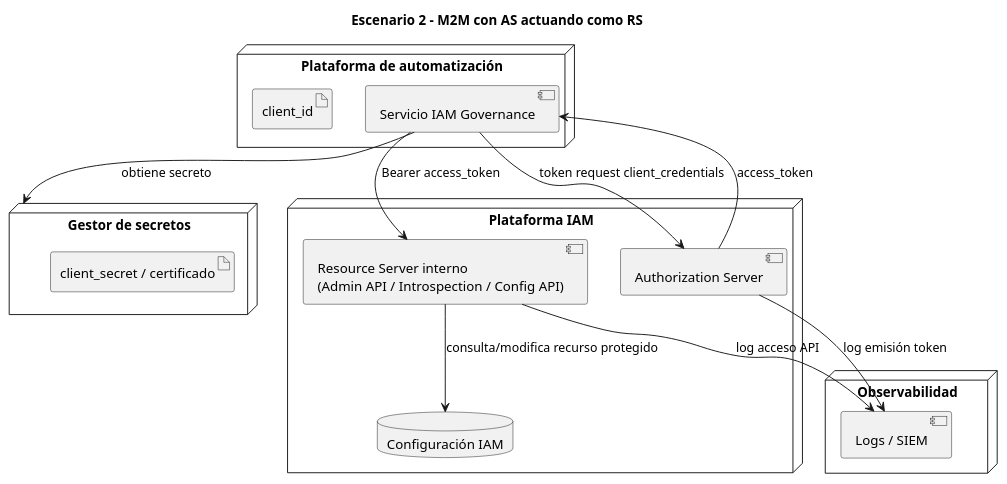
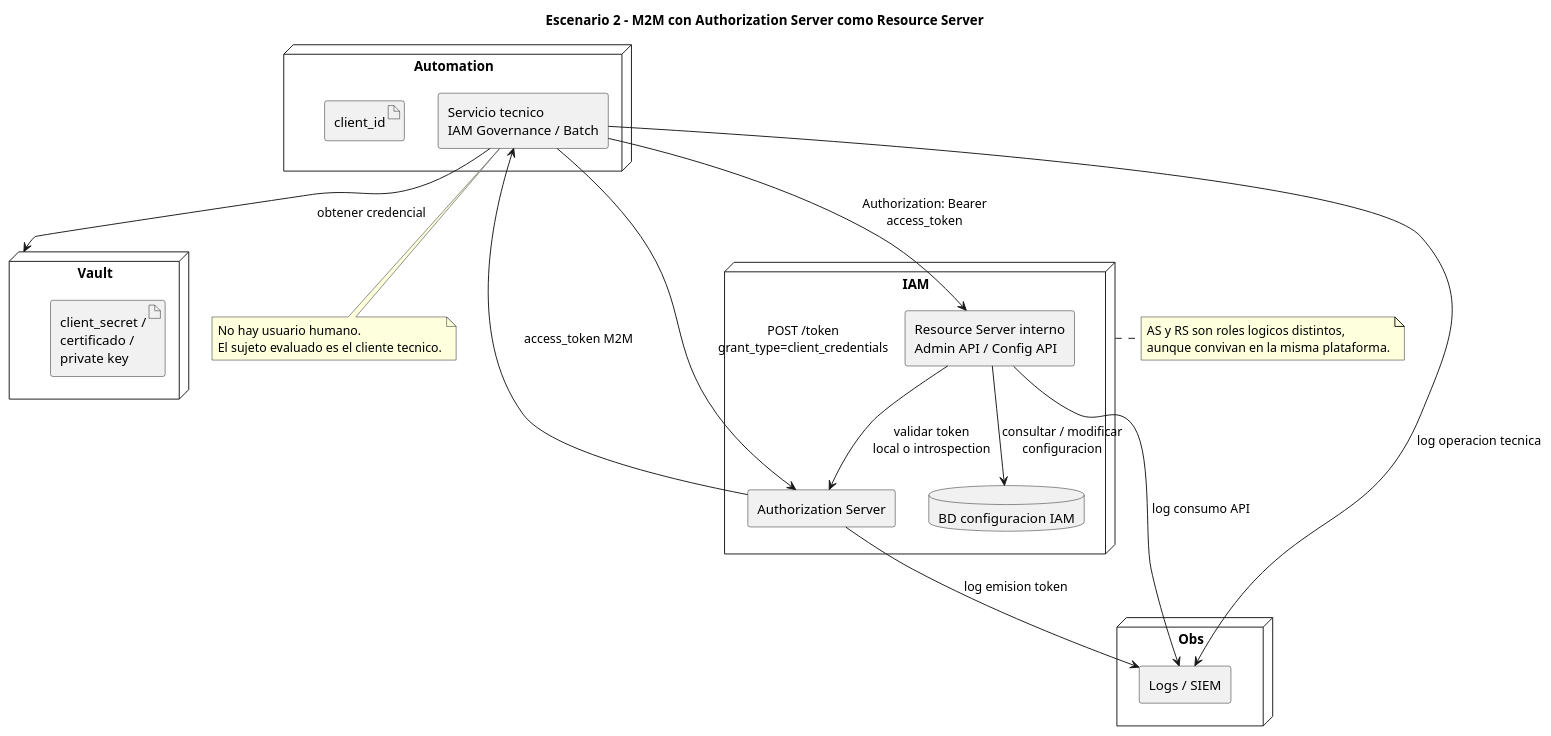
The tenth of 24 diagrams in tesis/README.md (FredyRosero/evaluacion-controles-oauth2-oidc), drawn with PlantUML before and after one commit. The commit also changed other lines of this file and 24 other files, not shown here.

````diff
--- a/tesis/README.md
+++ b/tesis/README.md
@@ -1831,32 +2095,55 @@
 ```plantuml
-@startuml
-title Escenario 2 - M2M con AS actuando como RS
+@startuml escenario_2_deployment
+title Escenario 2 - M2M con Authorization Server como Resource Server
 
-node "Plataforma de automatización" as WorkerNode {
-  component "Servicio IAM Governance" as Worker
+skinparam shadowing false
+skinparam componentStyle rectangle
+
+' Anclas de layout para estabilizar el render en web
+Automation -[hidden]right-> Vault
+Vault -[hidden]right-> IAM
+IAM -[hidden]right-> Obs
+
+node "Plataforma de automatizacion" as Automation {
+  component "Servicio tecnico\nIAM Governance / Batch" as Client
   artifact "client_id" as ClientId
 }
 
 node "Gestor de secretos" as Vault {
-  artifact "client_secret / certificado" as Secret
+  artifact "client_secret /\ncertificado /\nprivate key" as Secret
 }
 
 node "Plataforma IAM" as IAM {
   component "Authorization Server" as AS
-  component "Resource Server interno\n(Admin API / Introspection / Config API)" as RS
-  database "Configuración IAM" as IAMDB
+  component "Resource Server interno\nAdmin API / Config API" as RS
+  database "BD configuracion IAM" as IAMDB
 }
 
 node "Observabilidad" as Obs {
   component "Logs / SIEM" as SIEM
 }
 
-Worker --> Vault : obtiene secreto
-Worker --> AS : token request client_credentials
-AS --> Worker : access_token
-Worker --> RS : Bearer access_token
-RS --> IAMDB : consulta/modifica recurso protegido
-AS --> SIEM : log emisión token
-RS --> SIEM : log acceso API
+Client --> Vault : obtener credencial
+Client --> AS : POST /token\ngrant_type=client_credentials
+AS --> Client : access_token M2M
+
+Client --> RS : Authorization: Bearer\naccess_token
+RS --> AS : validar token\nlocal o introspection
+RS --> IAMDB : consultar / modificar\nconfiguracion
+
+AS --> SIEM : log emision token
+RS --> SIEM : log consumo API
+Client --> SIEM : log operacion tecnica
+
+note right of IAM
+AS y RS son roles logicos distintos,
+aunque convivan en la misma plataforma.
+end note
+
+note bottom of Client
+No hay usuario humano.
+El sujeto evaluado es el cliente tecnico.
+end note
+
 @enduml
 ```
````
